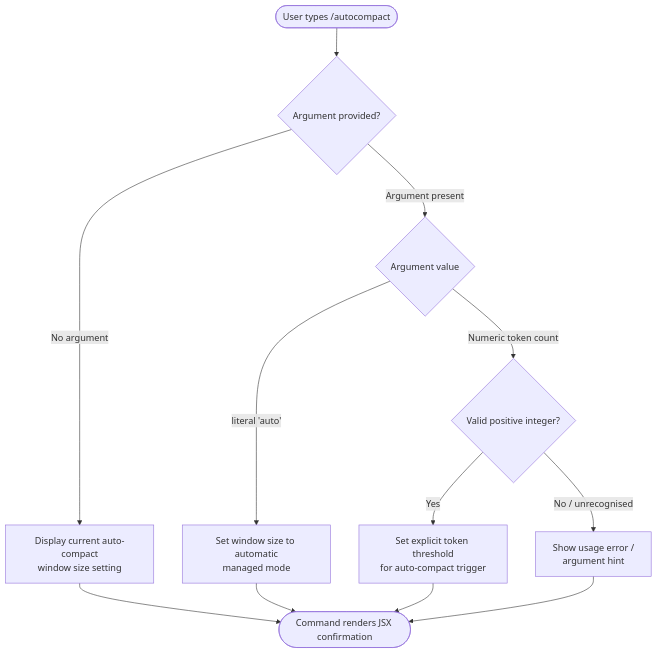
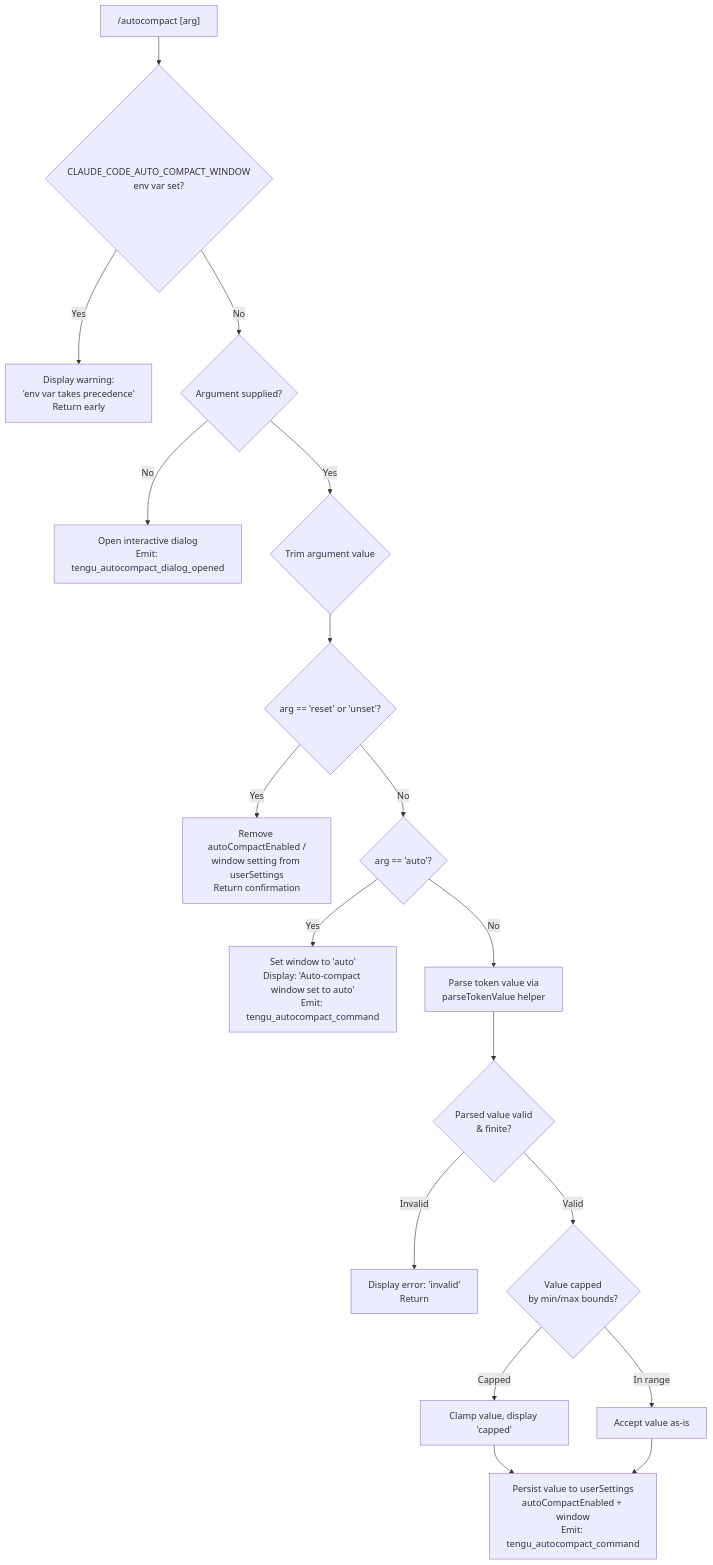
One commit to MyLittleLuckyDog/cc-gnothi changed the diagram in versions/v2.1.144/autocompact.md. Above: the diagram before and after it, drawn with Mermaid. The commit also changed other lines of this file and 483 other files, not shown here.

````diff
--- a/versions/v2.1.144/autocompact.md
+++ b/versions/v2.1.144/autocompact.md
@@ -47,14 +56,20 @@
 ```mermaid
 flowchart TD
-    A([User types /autocompact]) --> B{Argument provided?}
-    B -- No argument --> C[Display current auto-compact\nwindow size setting]
-    B -- Argument present --> D{Argument value}
-    D -- literal 'auto' --> E[Set window size to automatic\nmanaged mode]
-    D -- Numeric token count --> F{Valid positive integer?}
-    F -- Yes --> G[Set explicit token threshold\nfor auto-compact trigger]
-    F -- No / unrecognised --> H[Show usage error /\nargument hint]
-    E --> I([Command renders JSX confirmation])
-    G --> I
-    C --> I
-    H --> I
+    A["/autocompact [arg]"] --> B{CLAUDE_CODE_AUTO_COMPACT_WINDOW\nenv var set?}
+    B -- Yes --> C[Display warning:\n'env var takes precedence'\nReturn early]
+    B -- No --> D{Argument supplied?}
+    D -- No --> E[Open interactive dialog\nEmit: tengu_autocompact_dialog_opened]
+    D -- Yes --> F{Trim argument value}
+    F --> G{arg == 'reset' or 'unset'?}
+    G -- Yes --> H[Remove autoCompactEnabled /\nwindow setting from userSettings\nReturn confirmation]
+    G -- No --> I{arg == 'auto'?}
+    I -- Yes --> J[Set window to 'auto'\nDisplay: 'Auto-compact window set to auto'\nEmit: tengu_autocompact_command]
+    I -- No --> K[Parse token value via\nparseTokenValue helper]
+    K --> L{Parsed value valid\n& finite?}
+    L -- Invalid --> M[Display error: 'invalid'\nReturn]
+    L -- Valid --> N{Value capped\nby min/max bounds?}
+    N -- Capped --> O[Clamp value, display 'capped']
+    N -- In range --> P[Accept value as-is]
+    O --> Q[Persist value to userSettings\nautoCompactEnabled + window\nEmit: tengu_autocompact_command]
+    P --> Q
 ```
````
